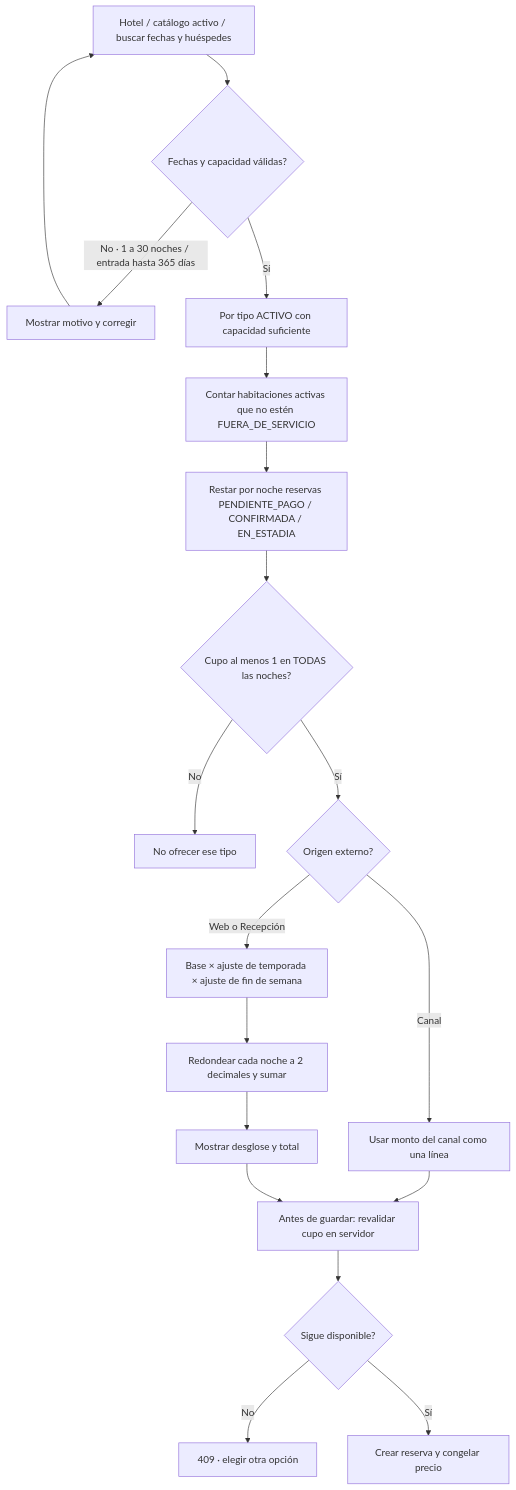
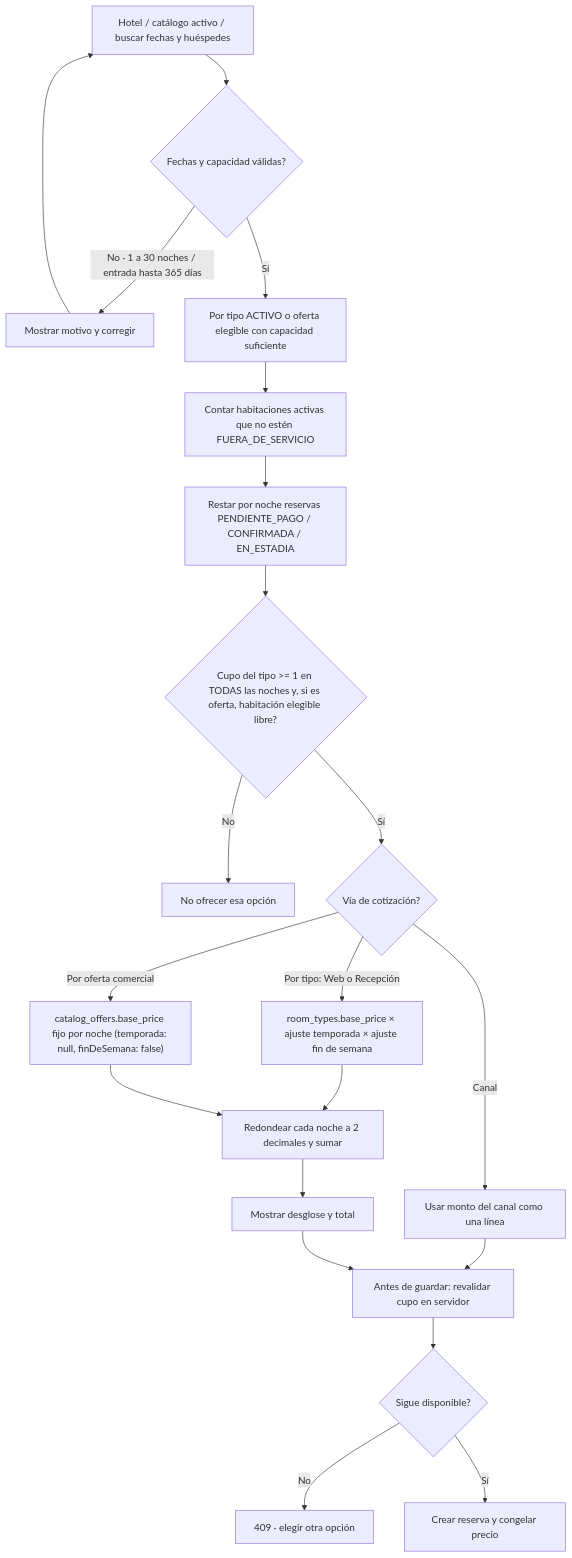
Before and after one commit to villaserenaguatee/villa-serena-docs: the diagram in 03-arquitectura/diagramas-sistema/05-actividad-disponibilidad-y-tarifa.md, drawn with Mermaid. The commit also changed other lines of this file and 10 other files, not shown here.

````diff
--- a/03-arquitectura/diagramas-sistema/05-actividad-disponibilidad-y-tarifa.md
+++ b/03-arquitectura/diagramas-sistema/05-actividad-disponibilidad-y-tarifa.md
@@ -7,20 +7,21 @@
 ```mermaid
 flowchart TB
   I[Hotel / catálogo activo / buscar fechas y huéspedes] --> V{Fechas y capacidad válidas?}
   V -->|No · 1 a 30 noches / entrada hasta 365 días| E[Mostrar motivo y corregir]
   E --> I
-  V -->|Sí| T[Por tipo ACTIVO con capacidad suficiente]
+  V -->|Sí| T[Por tipo ACTIVO o oferta elegible con capacidad suficiente]
   T --> H[Contar habitaciones activas que no estén FUERA_DE_SERVICIO]
   H --> R[Restar por noche reservas PENDIENTE_PAGO / CONFIRMADA / EN_ESTADIA]
-  R --> C{Cupo al menos 1 en TODAS las noches?}
-  C -->|No| N[No ofrecer ese tipo]
-  C -->|Sí| O{Origen externo?}
+  R --> C{Cupo del tipo >= 1 en TODAS las noches y, si es oferta, habitación elegible libre?}
+  C -->|No| N[No ofrecer esa opción]
+  C -->|Sí| O{Vía de cotización?}
   O -->|Canal| M[Usar monto del canal como una línea]
-  O -->|Web o Recepción| P[Base × ajuste de temporada × ajuste de fin de semana]
-  P --> D[Redondear cada noche a 2 decimales y sumar]
+  O -->|Por tipo: Web o Recepción| P["room_types.base_price × ajuste temporada × ajuste fin de semana"]
+  O -->|Por oferta comercial| OF["catalog_offers.base_price fijo por noche (temporada: null, finDeSemana: false)"]
+  P & OF --> D[Redondear cada noche a 2 decimales y sumar]
   D --> B[Mostrar desglose y total]
   M & B --> RE[Antes de guardar: revalidar cupo en servidor]
   RE --> OK{Sigue disponible?}
   OK -->|No| NO[409 · elegir otra opción]
   OK -->|Sí| G[Crear reserva y congelar precio]
 ```
````
